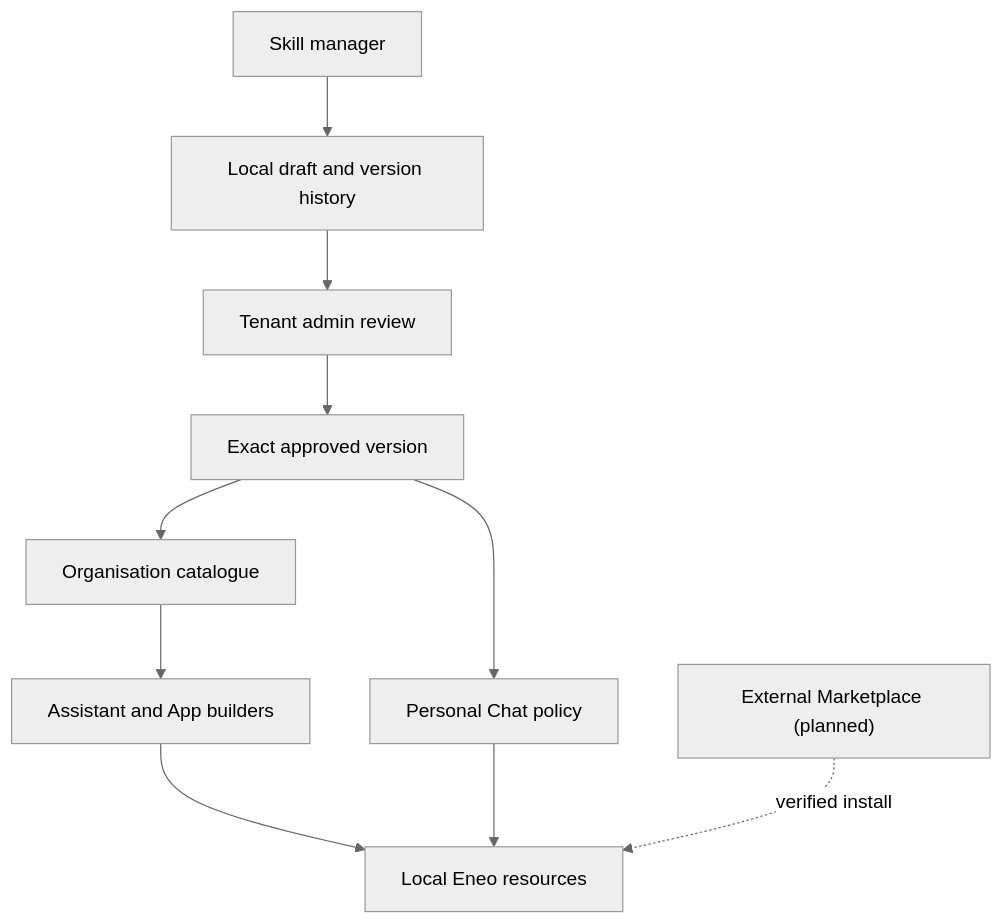
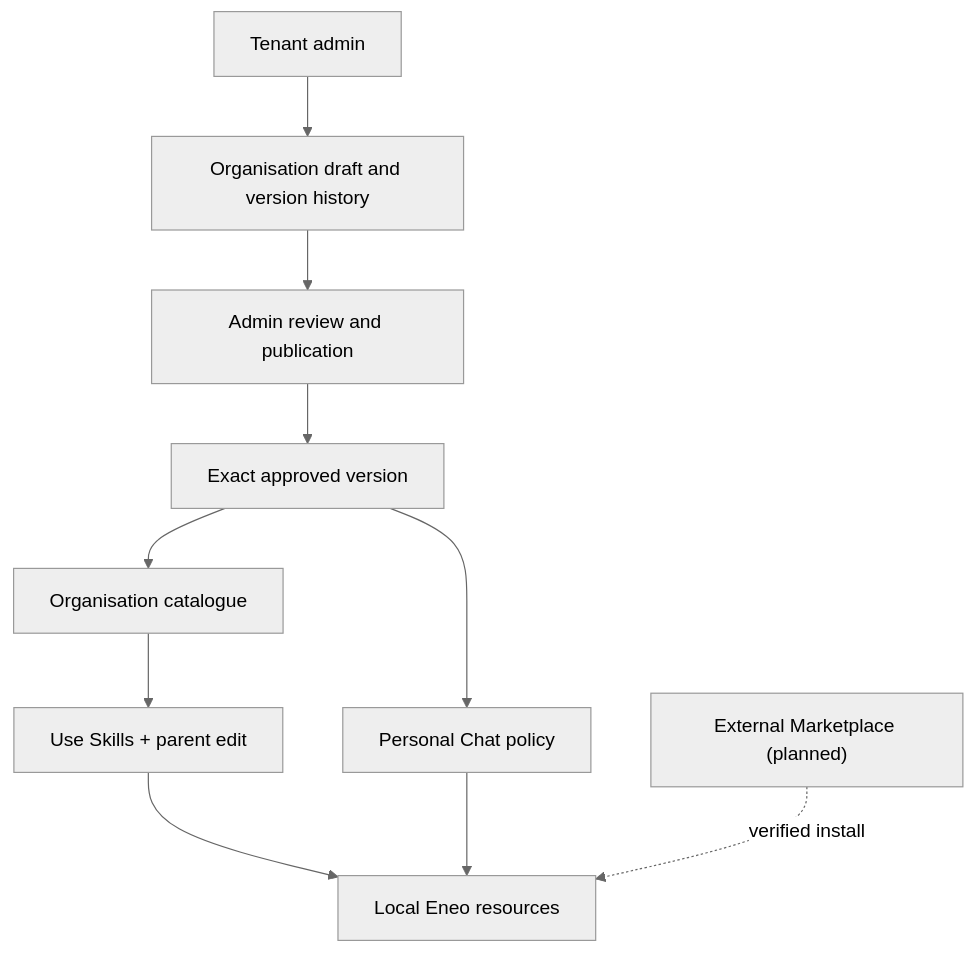
The diagram in frontend/apps/docs-site/src/content/guides/skills.mdx (eneo-ai/eneo), drawn with Mermaid (neutral theme) before and after one commit. The commit also changed other lines of this file and 74 other files, not shown here.

Commit message:
feat(skills): complete governed catalogue workflows

````diff
--- a/frontend/apps/docs-site/src/content/guides/skills.mdx
+++ b/frontend/apps/docs-site/src/content/guides/skills.mdx
@@ -223,12 +224,12 @@
 ```mermaid
 flowchart TB
-    Author["Skill manager"] --> Draft["Local draft and version history"]
-    Draft --> Review["Tenant admin review"]
+    Admin["Tenant admin"] --> Draft["Organisation draft and version history"]
+    Draft --> Review["Admin review and publication"]
     Review --> Approved["Exact approved version"]
     Approved --> Catalogue["Organisation catalogue"]
-    Catalogue --> Builder["Assistant and App builders"]
+    Catalogue --> Builder["Use Skills + parent edit"]
     Approved --> Personal["Personal Chat policy"]
     Builder --> Local["Local Eneo resources"]
     Personal --> Local
     Hub["External Marketplace (planned)"] -. "verified install" .-> Local
 ```
````
